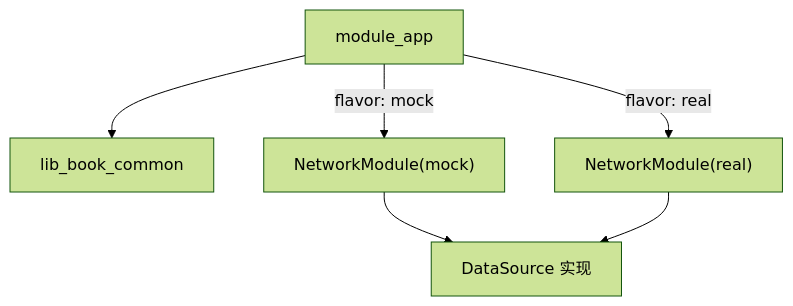
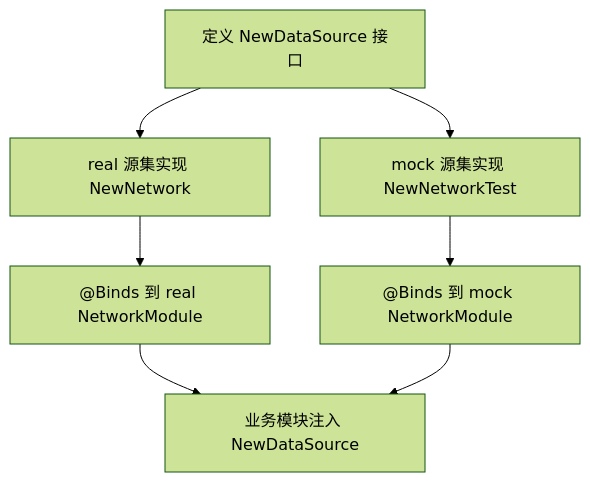
Before and after one commit to xrn1997/android-ebook: diagram 11 of 11 in .qoder/repowiki/zh/content/核心模块/应用入口模块 (module_app).md, drawn with Mermaid (forest theme). The commit also changed other lines of this file and 456 other files, not shown here.

````diff
--- a/.qoder/repowiki/zh/content/核心模块/应用入口模块 (module_app).md
+++ b/.qoder/repowiki/zh/content/核心模块/应用入口模块 (module_app).md
@@ -272,8 +421,9 @@
 ```mermaid
-graph TB
-    App["module_app"] --> Lib["lib_book_common"]
-    App -->|flavor: mock| NetM["NetworkModule(mock)"]
-    App -->|flavor: real| NetR["NetworkModule(real)"]
-    NetM --> DS["DataSource 实现"]
-    NetR --> DS
+flowchart TD
+    Define["定义 NewDataSource 接口"] --> RealImpl["real 源集实现 NewNetwork"]
+    Define --> MockImpl["mock 源集实现 NewNetworkTest"]
+    RealImpl --> BindReal["@Binds 到 real NetworkModule"]
+    MockImpl --> BindMock["@Binds 到 mock NetworkModule"]
+    BindReal --> Use["业务模块注入 NewDataSource"]
+    BindMock --> Use
 ```
````
